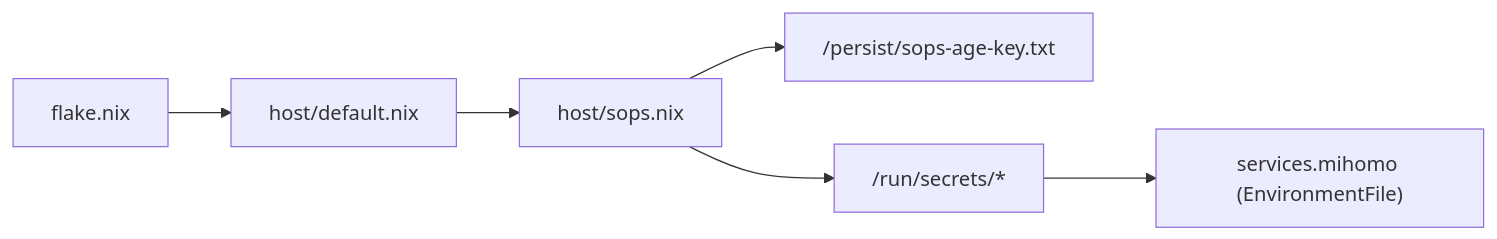
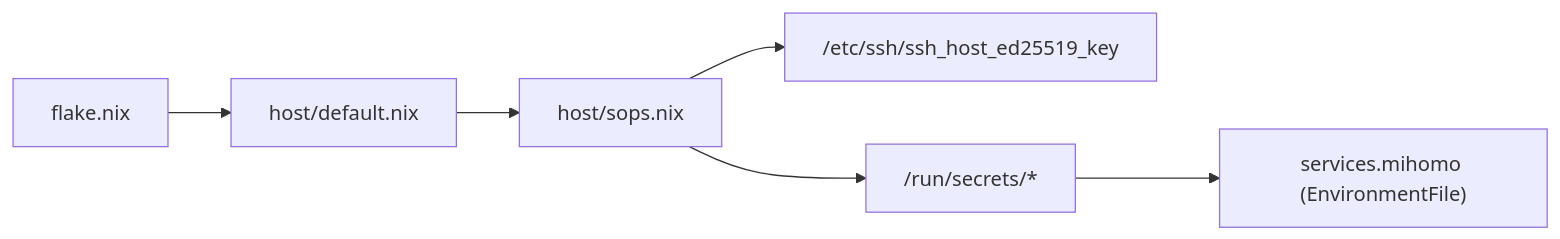
The third of 3 diagrams in wiki/security/sops.md (Shangshui0302/myNixOSConfig), drawn with Mermaid before and after one commit. The commit also changed other lines of this file and 16 other files, not shown here.

First line of the commit message:
fix(sops): switch decryption to SSH host key + useSystemdActivation

````diff
--- a/wiki/security/sops.md
+++ b/wiki/security/sops.md
@@ -60,8 +63,8 @@
 ```mermaid
 graph LR
 F["flake.nix"] --> H["host/default.nix"]
 H --> S["host/sops.nix"]
-S --> P["/persist/sops-age-key.txt"]
+S --> P["/etc/ssh/ssh_host_ed25519_key"]
 S --> R["/run/secrets/*"]
 R --> M["services.mihomo (EnvironmentFile)"]
 ```
````
